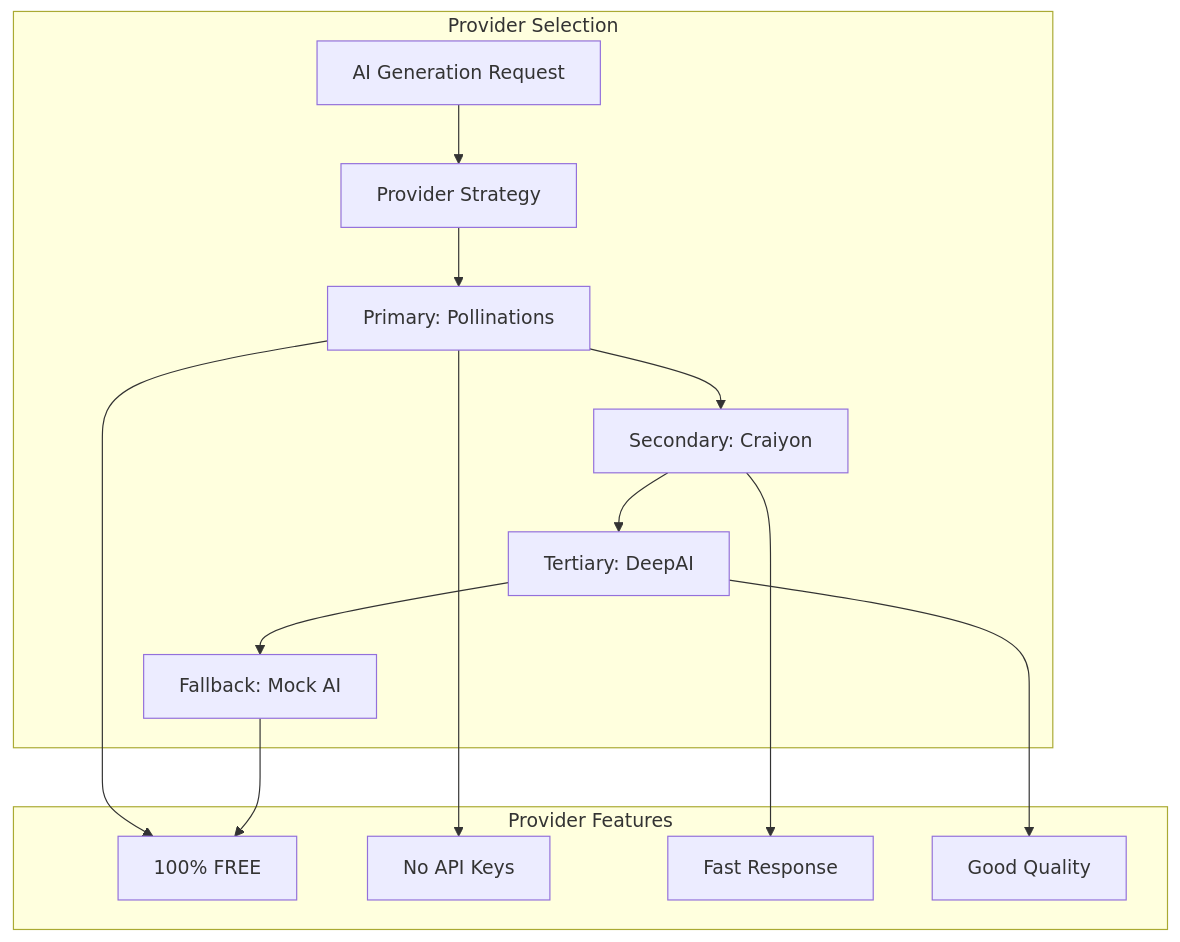
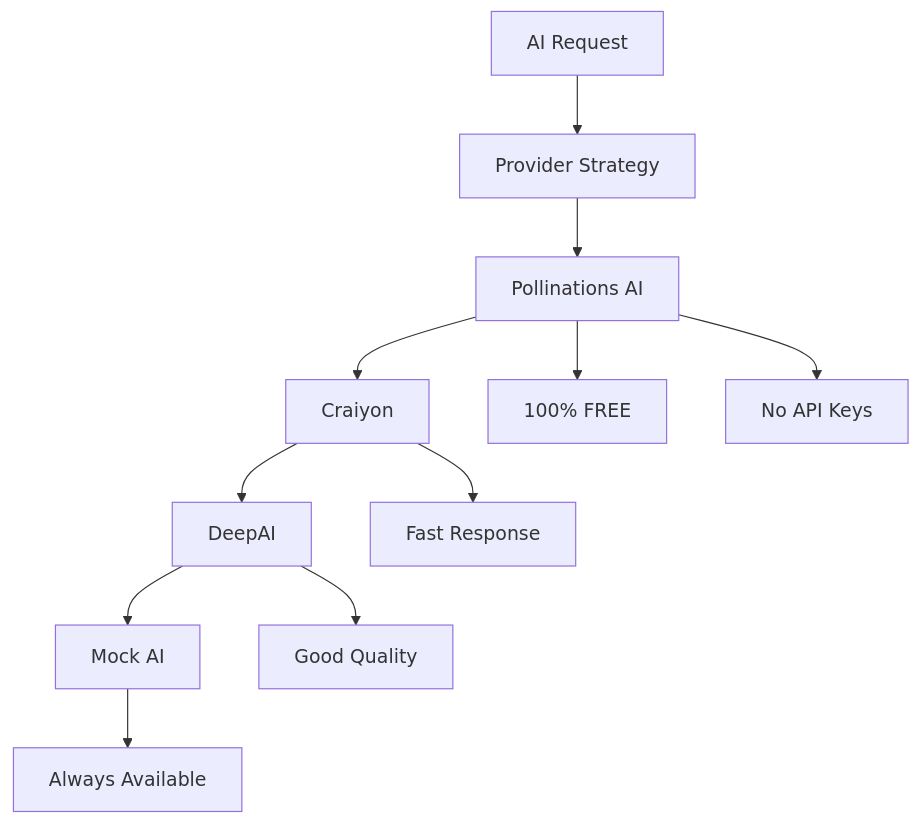
The sixth of 9 diagrams in retro-ai-paint/ARCHITECTURE.md (MariyamSeemab/KiroWeek4), drawn with Mermaid before and after one commit. The commit also changed other lines of this file and 7 other files, not shown here.

````diff
--- a/retro-ai-paint/ARCHITECTURE.md
+++ b/retro-ai-paint/ARCHITECTURE.md
@@ -231,30 +143,14 @@
 ```mermaid
 graph TD
-    subgraph "Provider Selection"
-        Request[AI Generation Request]
-        Strategy[Provider Strategy]
-        Primary[Primary: Pollinations]
-        Secondary[Secondary: Craiyon]
-        Tertiary[Tertiary: DeepAI]
-        Fallback[Fallback: Mock AI]
-    end
+    A[AI Request] --> B[Provider Strategy]
+    B --> C[Pollinations AI]
+    C --> D[Craiyon]
+    D --> E[DeepAI]
+    E --> F[Mock AI]
     
-    subgraph "Provider Features"
-        Free[100% FREE]
-        NoAPI[No API Keys]
-        Fast[Fast Response]
-        Quality[Good Quality]
-    end
-    
-    Request --> Strategy
-    Strategy --> Primary
-    Primary --> Secondary
-    Secondary --> Tertiary
-    Tertiary --> Fallback
-    
-    Primary --> Free
-    Primary --> NoAPI
-    Secondary --> Fast
-    Tertiary --> Quality
-    Fallback --> Free
+    C --> G[100% FREE]
+    C --> H[No API Keys]
+    D --> I[Fast Response]
+    E --> J[Good Quality]
+    F --> K[Always Available]
 ```
````
